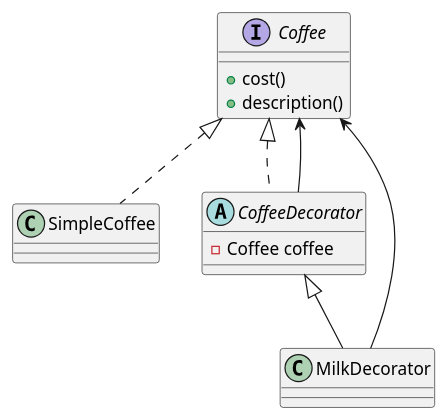
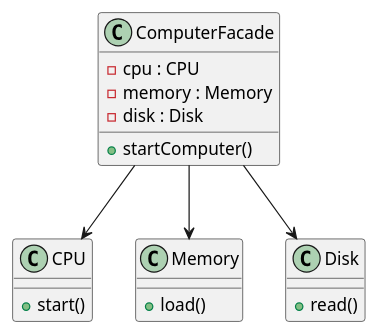
Before and after one commit to ThuraAung1601/learn_java: the second of 2 diagrams in design_pattern/structural_pattern.md, drawn with PlantUML. The commit also changed other lines of this file, not shown here.

````diff
--- a/design_pattern/structural_pattern.md
+++ b/design_pattern/structural_pattern.md
@@ -123,18 +162,23 @@
 ```plantuml
 @startuml
-interface Coffee {
-  +cost()
-  +description()
+class CPU {
+  +start()
+}
+class Memory {
+  +load()
+}
+class Disk {
+  +read()
+}
+class ComputerFacade {
+  -cpu : CPU
+  -memory : Memory
+  -disk : Disk
+  +startComputer()
 }
 
-class SimpleCoffee implements Coffee
-abstract class CoffeeDecorator implements Coffee {
-  -Coffee coffee
-}
-
-class MilkDecorator extends CoffeeDecorator
-
-CoffeeDecorator --> Coffee
-MilkDecorator --> Coffee
+ComputerFacade --> CPU
+ComputerFacade --> Memory
+ComputerFacade --> Disk
 @enduml
 ```
````
